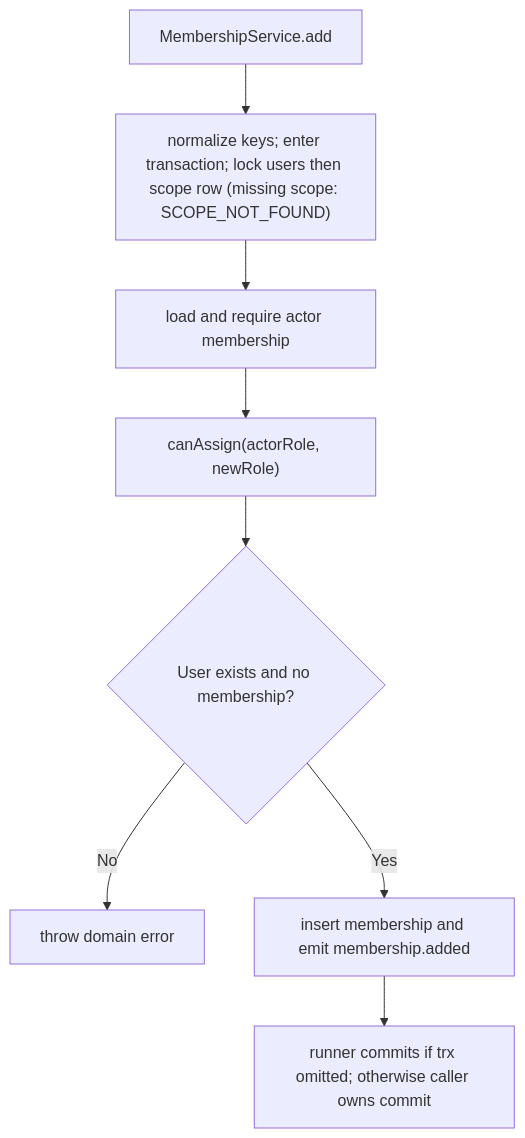
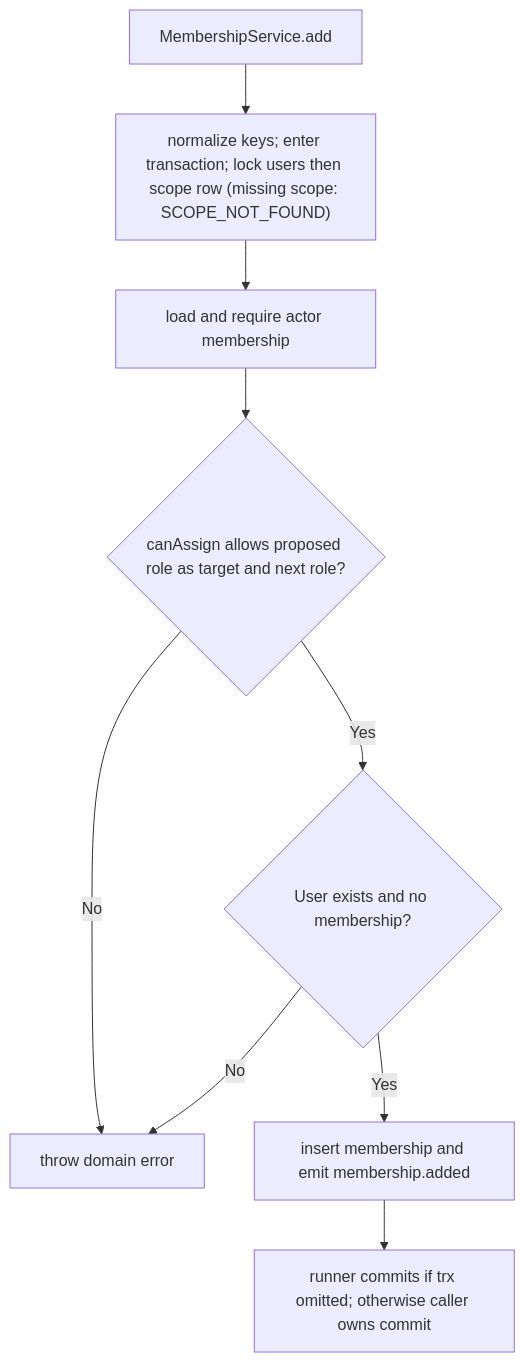
Before and after one commit to Kevinjohn/oss-adonisjs-access-control: the second of 2 diagrams in user-stories/US-ACCESS-03-add-member.md, drawn with Mermaid. The commit also changed other lines of this file and 31 other files, not shown here.

````diff
--- a/user-stories/US-ACCESS-03-add-member.md
+++ b/user-stories/US-ACCESS-03-add-member.md
@@ -33,10 +33,11 @@
 ```mermaid
 flowchart TD
     A["MembershipService.add"] --> B["normalize keys; enter transaction; lock users then scope row (missing scope: SCOPE_NOT_FOUND)"]
     B --> C["load and require actor membership"]
-    C --> D["canAssign(actorRole, newRole)"]
-    D --> E{"User exists and no membership?"}
+    C --> D{"canAssign allows proposed role as target and next role?"}
+    D -->|No| F
+    D -->|Yes| E{"User exists and no membership?"}
     E -->|No| F["throw domain error"]
     E -->|Yes| G["insert membership and emit membership.added"]
     G --> H["runner commits if trx omitted; otherwise caller owns commit"]
 ```
````
